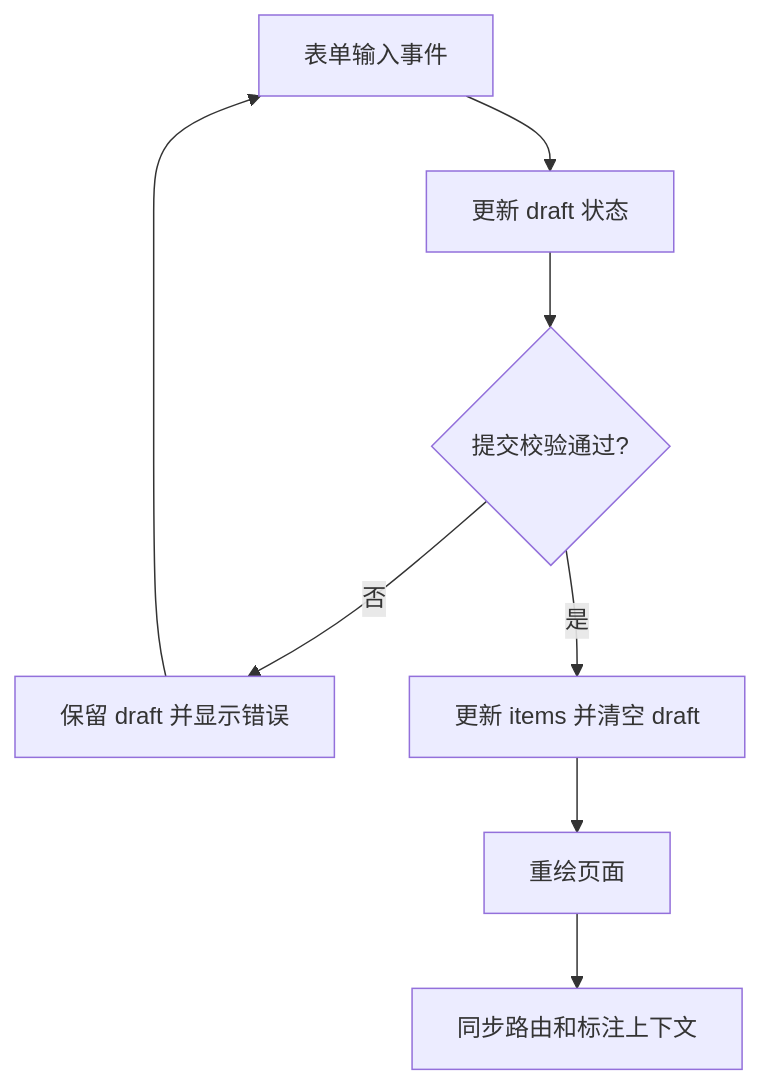
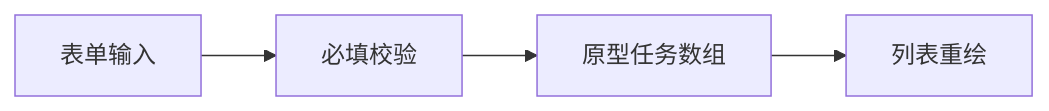
The third of 3 diagrams in examples/flows.md (lanyuxi/keshihua_PRD), drawn with Mermaid before and after one commit. The commit also changed other lines of this file and 64 other files, not shown here.

````diff
--- a/examples/flows.md
+++ b/examples/flows.md
@@ -37,12 +39,6 @@
 ```mermaid
-graph TD
-    A[表单输入事件] --> B[更新 draft 状态]
-    B --> C{提交校验通过?}
-    C -->|否| D[保留 draft 并显示错误]
-    D --> A
-    C -->|是| E[更新 items 并清空 draft]
-    E --> F[重绘页面]
-    F --> G[同步路由和标注上下文]
-
-    %% 此演示为前端状态流，未连接后端实时服务
+graph LR
+ A[表单输入] --> B[必填校验]
+ B --> C[原型任务数组]
+ C --> D[列表重绘]
 ```
````
